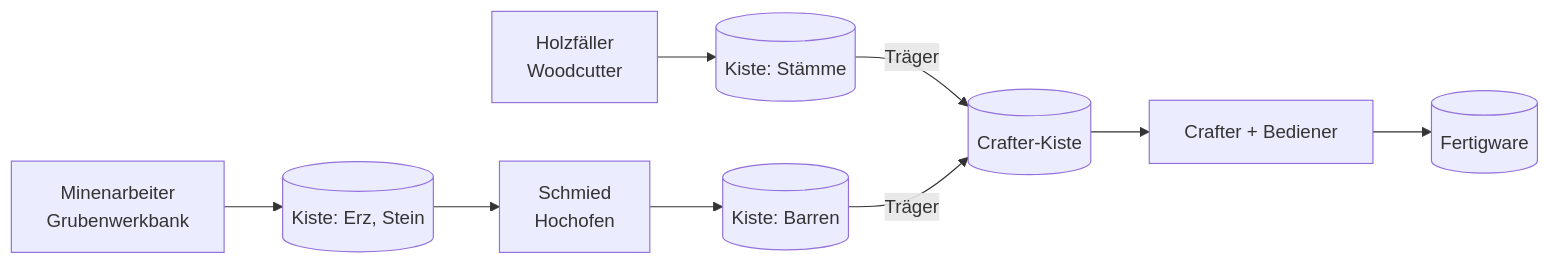
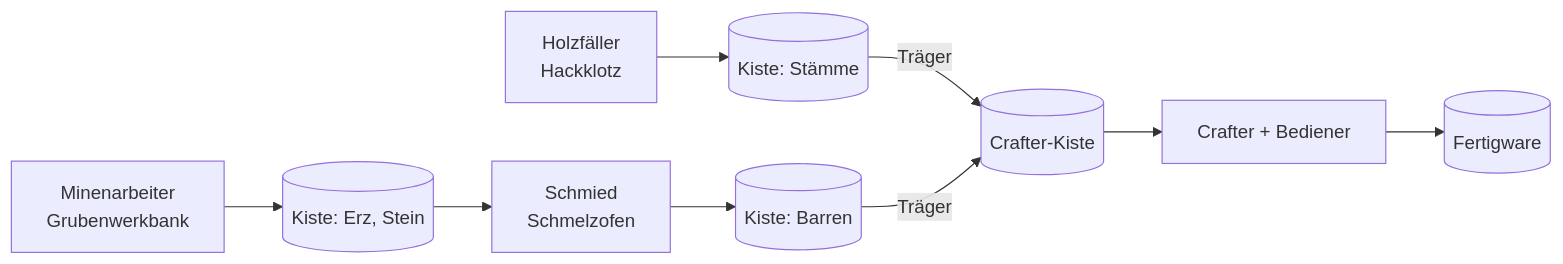
One commit to d4rkm0nkey/minecraft-working-villagers changed the diagram in docs/wiki/grundlagen/logistik.md. Above: the diagram before and after it, drawn with Mermaid. The commit also changed other lines of this file and 25 other files, not shown here.

````diff
--- a/docs/wiki/grundlagen/logistik.md
+++ b/docs/wiki/grundlagen/logistik.md
@@ -7,11 +7,11 @@
 ```mermaid
 flowchart LR
-    HF[Holzfäller<br/>Woodcutter] --> KS[(Kiste: Stämme)]
+    HF[Holzfäller<br/>Hackklotz] --> KS[(Kiste: Stämme)]
     MA[Minenarbeiter<br/>Grubenwerkbank] --> KE[(Kiste: Erz, Stein)]
-    KE --> SM[Schmied<br/>Hochofen]
+    KE --> SM[Schmied<br/>Schmelzofen]
     SM --> KB[(Kiste: Barren)]
     KS -->|Träger| CK[(Crafter-Kiste)]
     KB -->|Träger| CK
     CK --> CR[Crafter + Bediener]
     CR --> FW[(Fertigware)]
 ```
````
